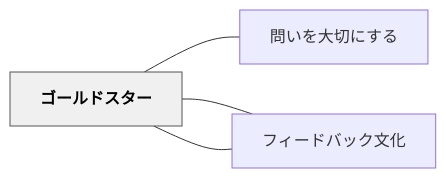
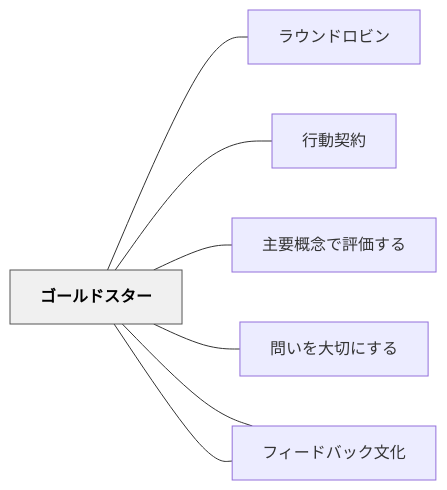
Before and after one commit to unknownthings-ed-patterns/unknownthings-ed-patterns: the diagram in content/パタン/ゴールドスター.md, drawn with Mermaid. The commit also changed other lines of this file and 473 other files, not shown here.

````diff
--- a/content/パタン/ゴールドスター.md
+++ b/content/パタン/ゴールドスター.md
@@ -104,14 +107,20 @@
 ```mermaid
 flowchart LR
     ne382b4e383bc["ゴールドスター"]
+    ne383a9e382a6["ラウンドロビン"]
+    ne8a18ce58b95["行動契約"]
+    ne4b8bbe8a681["主要概念で評価する"]
     ne5958fe38184["問いを大切にする"]
     ne38395e382a3["フィードバック"]
     ne38395e382a3["フィードバック文化"]
 
+    ne382b4e383bc --- ne383a9e382a6
+    ne382b4e383bc --- ne8a18ce58b95
+    ne382b4e383bc --- ne4b8bbe8a681
     ne382b4e383bc --- ne5958fe38184
     ne382b4e383bc --- ne38395e382a3
     ne382b4e383bc --- ne38395e382a3
 
     classDef hub fill:#f0f0f0,stroke:#555,color:#000,font-weight:bold
     class ne382b4e383bc hub
 ```
````
